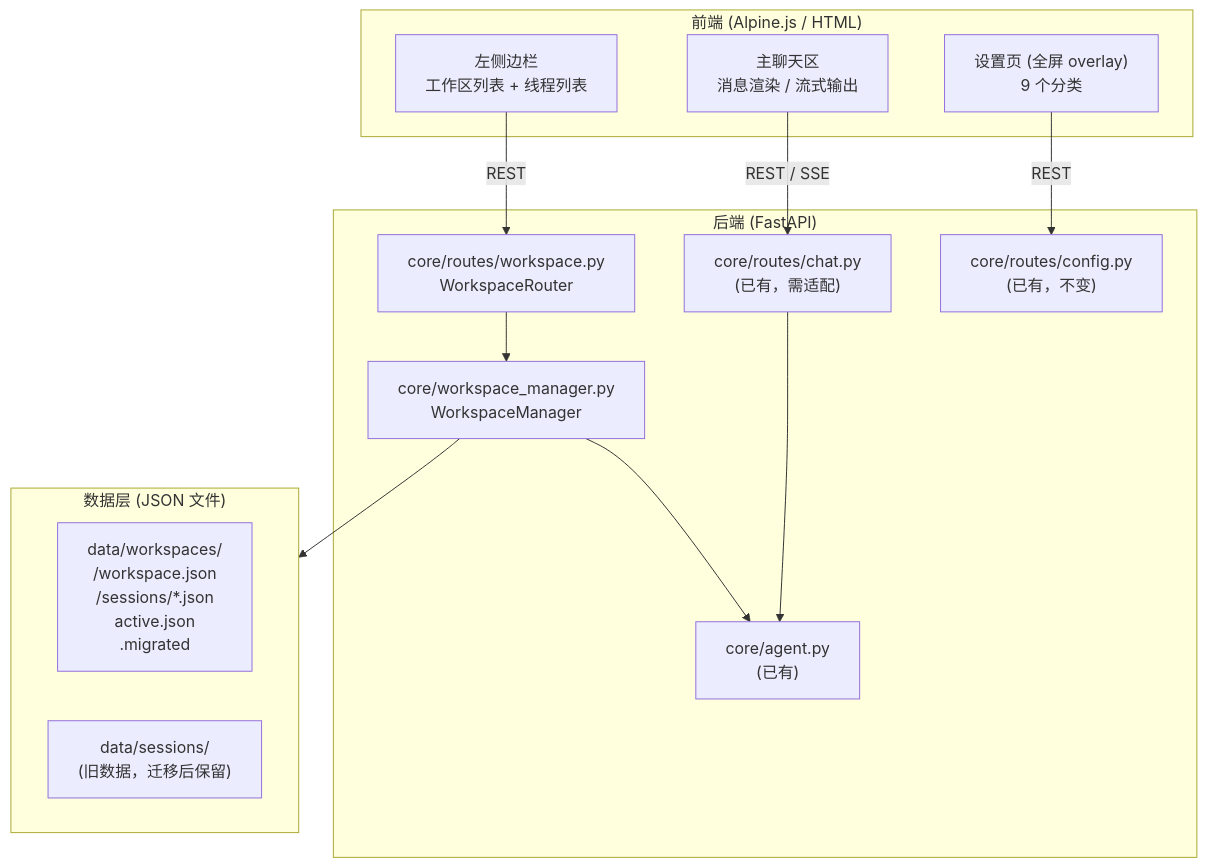
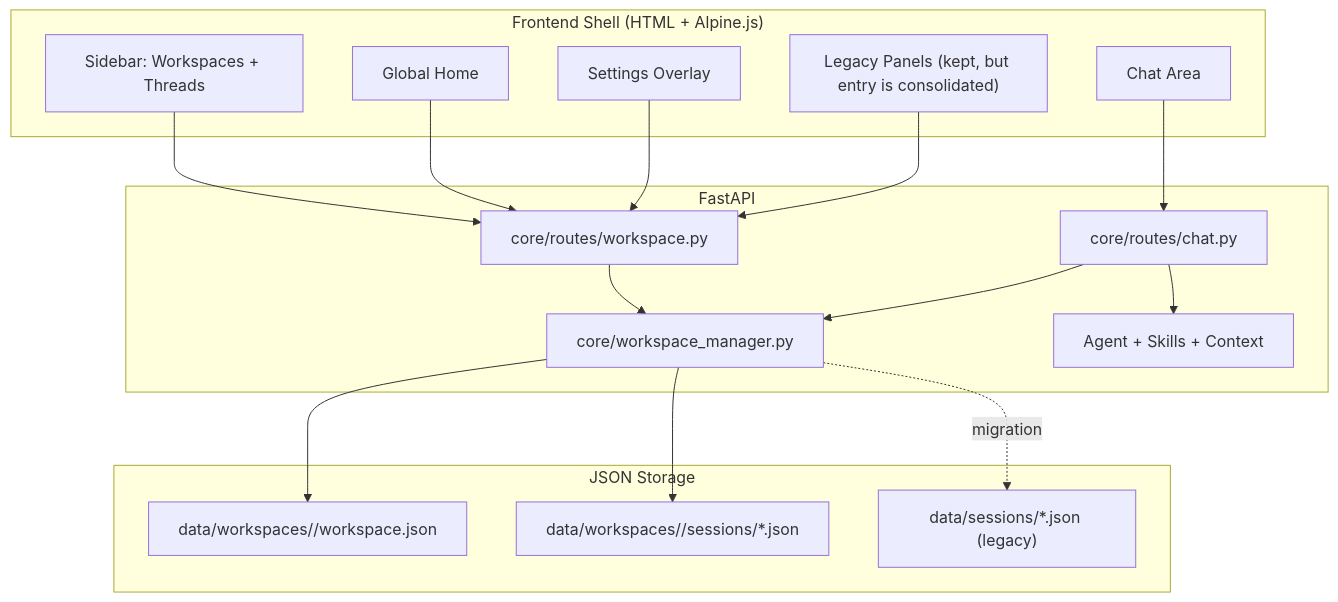
Before and after one commit to lclen/OpenGuiclaw: the diagram in .kiro/specs/codex-style-workspace-ui/design.md, drawn with Mermaid. The commit also changed other lines of this file and 55 other files, not shown here.

Commit message:
feat: add workspace shell and react migration foundation

````diff
--- a/.kiro/specs/codex-style-workspace-ui/design.md
+++ b/.kiro/specs/codex-style-workspace-ui/design.md
@@ -14,29 +75,35 @@
 ```mermaid
 graph TD
-    subgraph Frontend["前端 (Alpine.js / HTML)"]
-        UI_Sidebar["左侧边栏\n工作区列表 + 线程列表"]
-        UI_Chat["主聊天区\n消息渲染 / 流式输出"]
-        UI_Settings["设置页 (全屏 overlay)\n9 个分类"]
+    subgraph Frontend["Frontend Shell (HTML + Alpine.js)"]
+        Home["Global Home"]
+        Sidebar["Sidebar: Workspaces + Threads"]
+        Chat["Chat Area"]
+        Settings["Settings Overlay"]
+        LegacyPanels["Legacy Panels (kept, but entry is consolidated)"]
     end
 
-    subgraph Backend["后端 (FastAPI)"]
-        WS_Router["core/routes/workspace.py\nWorkspaceRouter"]
-        WS_Manager["core/workspace_manager.py\nWorkspaceManager"]
-        Chat_Router["core/routes/chat.py\n(已有，需适配)"]
-        Config_Router["core/routes/config.py\n(已有，不变)"]
-        Agent["core/agent.py\n(已有)"]
+    subgraph Backend["FastAPI"]
+        WorkspaceRouter["core/routes/workspace.py"]
+        ChatRouter["core/routes/chat.py"]
+        WorkspaceManager["core/workspace_manager.py"]
+        Agent["Agent + Skills + Context"]
     end
 
-    subgraph Storage["数据层 (JSON 文件)"]
-        WS_Dir["data/workspaces/\n  <id>/workspace.json\n  <id>/sessions/*.json\n  active.json\n  .migrated"]
-        Old_Sessions["data/sessions/\n(旧数据，迁移后保留)"]
+    subgraph Storage["JSON Storage"]
+        Workspaces["data/workspaces/<id>/workspace.json"]
+        Sessions["data/workspaces/<id>/sessions/*.json"]
+        Legacy["data/sessions/*.json (legacy)"]
     end
 
-    UI_Sidebar -->|REST| WS_Router
-    UI_Chat -->|REST / SSE| Chat_Router
-    UI_Settings -->|REST| Config_Router
-    WS_Router --> WS_Manager
-    WS_Manager --> Storage
-    Chat_Router --> Agent
-    WS_Manager --> Agent
+    Sidebar --> WorkspaceRouter
+    Home --> WorkspaceRouter
+    Chat --> ChatRouter
+    Settings --> WorkspaceRouter
+    LegacyPanels --> WorkspaceRouter
+    WorkspaceRouter --> WorkspaceManager
+    ChatRouter --> WorkspaceManager
+    ChatRouter --> Agent
+    WorkspaceManager --> Workspaces
+    WorkspaceManager --> Sessions
+    WorkspaceManager -. migration .-> Legacy
 ```
````
